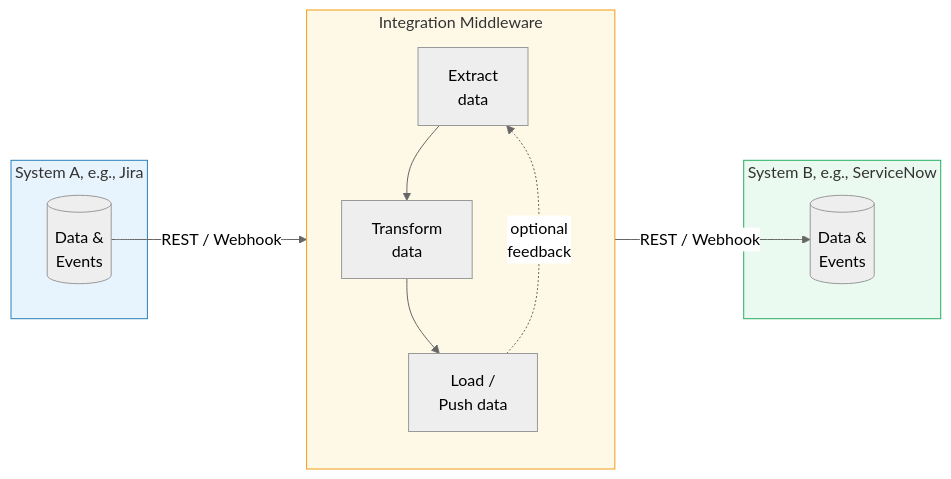
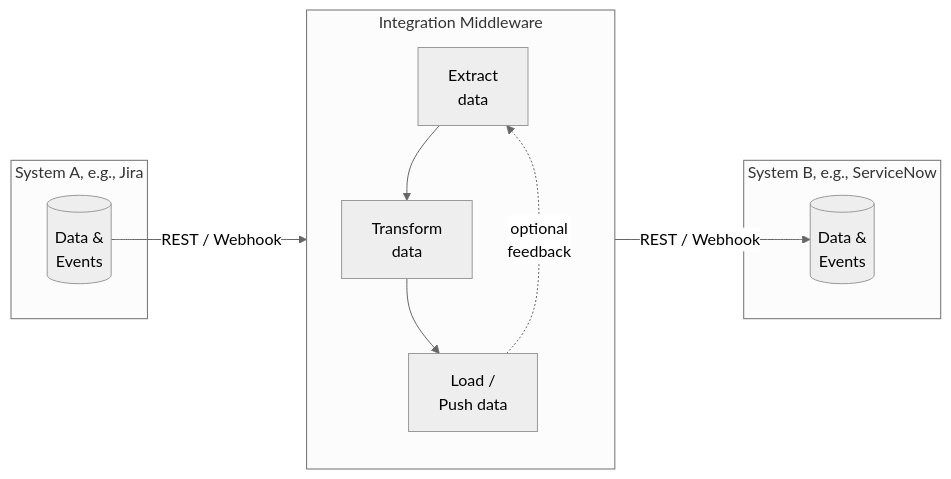
One commit to ciacob/integra changed the first of 2 diagrams in README.md. Above: the diagram before and after it, drawn with Mermaid (neutral theme). The commit also changed other lines of this file and 6 other files, not shown here.

````diff
--- a/README.md
+++ b/README.md
@@ -7,26 +9,22 @@
 ```mermaid
 flowchart LR
     subgraph SystemA["System A, e.g., Jira"]
         A1[(Data &\nEvents)]
     end
  
     subgraph Middleware["Integration Middleware"]
         direction TB
         M1[Extract\ndata]
         M2[Transform\ndata]
         M3[Load /\nPush data]
         M1 --> M2 --> M3
     end
  
     subgraph SystemB["System B, e.g., ServiceNow"]
         B1[(Data &\nEvents)]
     end
  
     A1 -- "REST / Webhook" --> M1
     M3 -- "REST / Webhook" --> B1
     M3 -.->|"optional\nfeedback"| M1
- 
-    style SystemA fill:#e8f4fd,stroke:#2980b9
-    style SystemB fill:#eafaf1,stroke:#27ae60
-    style Middleware fill:#fef9e7,stroke:#f39c12
 ```
````
